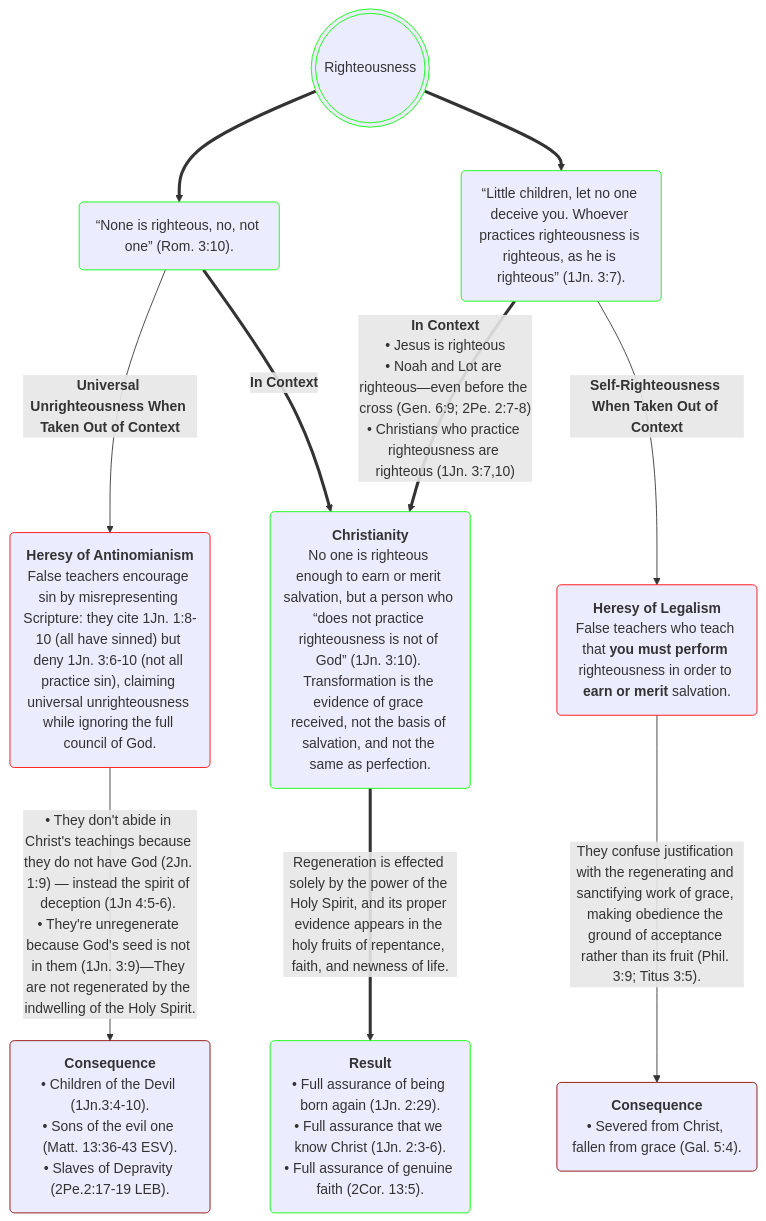
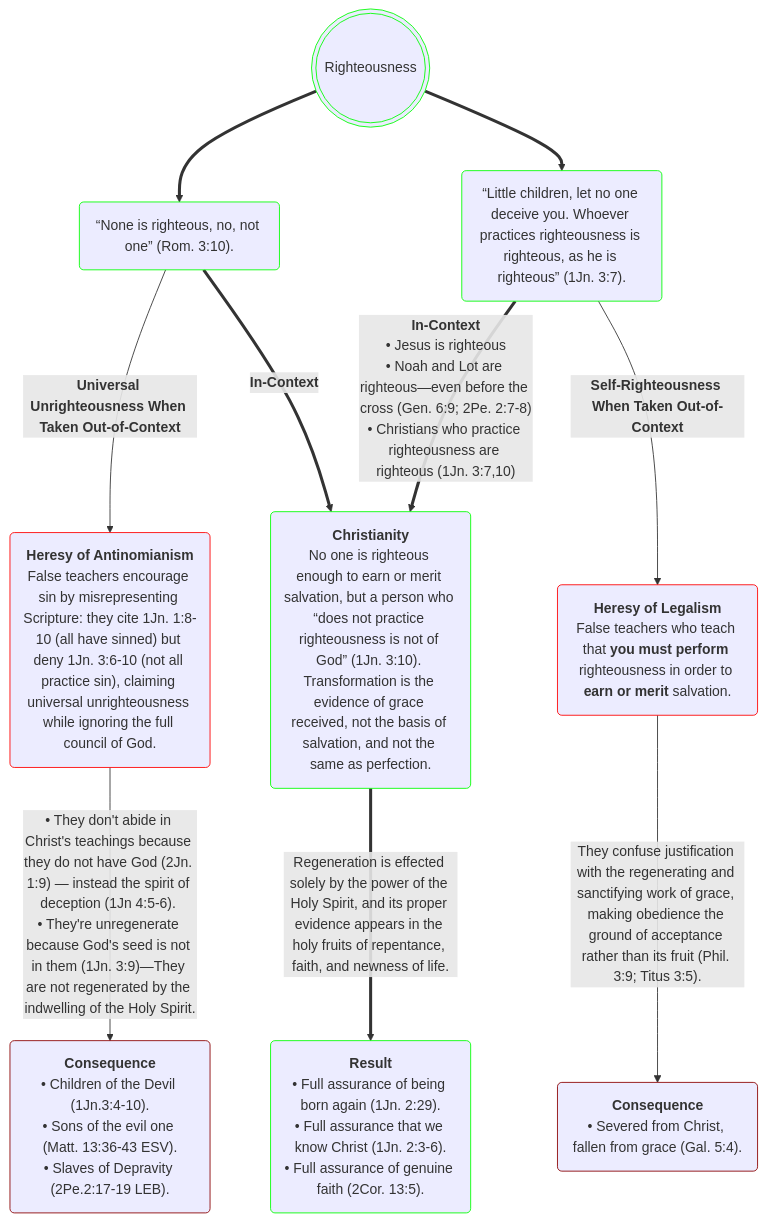
One commit to OrdoLuminis/ordoluminis.github.io changed the diagram in _posts/2026-05-23-righteousness.markdown. Above: the diagram before and after it, drawn with Mermaid. The commit also changed other lines of this file, not shown here.

````diff
--- a/_posts/2026-05-23-righteousness.markdown
+++ b/_posts/2026-05-23-righteousness.markdown
@@ -69,17 +69,17 @@
 ```mermaid
 %%{init: {'theme':'default'}}%%
 flowchart TD
     A(((Righteousness))):::green
     A ==> B(&ldquo;None is righteous, no, not one&rdquo; &lpar;Rom. 3:10&rpar;.):::green
     A ==> C(&ldquo;Little children, let no one deceive you. Whoever practices righteousness is righteous, as he is righteous&rdquo; &lpar;1Jn. 3:7&rpar;.):::green
-    B -->|<strong>Universal Unrighteousness When Taken Out of Context</strong>| D(<strong>Heresy of Antinomianism</strong><br>False teachers encourage sin by misrepresenting Scripture: they cite 1Jn. 1:8-10 &lpar;all have sinned&rpar; but deny 1Jn. 3:6-10 &lpar;not all practice sin&rpar;, claiming universal unrighteousness while ignoring the full council of God.):::red
-    C -->|<strong>Self-Righteousness When Taken Out of Context</strong>| E(<strong>Heresy of Legalism</strong><br>False teachers who teach that <strong>you must perform</strong> righteousness in order to <strong>earn or merit</strong> salvation.):::red
-    B ==>|<strong>In Context</strong>| F(<strong>Christianity</strong><br>No one is righteous enough to earn or merit salvation, but a person who &ldquo;does not practice righteousness is not of God&rdquo; &lpar;1Jn. 3:10&rpar;. Transformation is the evidence of grace received, not the basis of salvation, and not the same as perfection.):::green
-    C ==>|<strong>In Context</strong><br>&bull; Jesus is righteous<br>&bull; Noah and Lot are righteous&mdash;even before the cross &lpar;Gen. 6:9; 2Pe. 2:7-8&rpar;<br>&bull; Christians who practice righteousness are righteous &lpar;1Jn. 3:7,10&rpar;| F
+    B -->|<strong>Universal Unrighteousness When Taken Out-of-Context</strong>| D(<strong>Heresy of Antinomianism</strong><br>False teachers encourage sin by misrepresenting Scripture: they cite 1Jn. 1:8-10 &lpar;all have sinned&rpar; but deny 1Jn. 3:6-10 &lpar;not all practice sin&rpar;, claiming universal unrighteousness while ignoring the full council of God.):::red
+    C -->|<strong>Self-Righteousness When Taken Out-of-Context</strong>| E(<strong>Heresy of Legalism</strong><br>False teachers who teach that <strong>you must perform</strong> righteousness in order to <strong>earn or merit</strong> salvation.):::red
+    B ==>|<strong>In-Context</strong>| F(<strong>Christianity</strong><br>No one is righteous enough to earn or merit salvation, but a person who &ldquo;does not practice righteousness is not of God&rdquo; &lpar;1Jn. 3:10&rpar;. Transformation is the evidence of grace received, not the basis of salvation, and not the same as perfection.):::green
+    C ==>|<strong>In-Context</strong><br>&bull; Jesus is righteous<br>&bull; Noah and Lot are righteous&mdash;even before the cross &lpar;Gen. 6:9; 2Pe. 2:7-8&rpar;<br>&bull; Christians who practice righteousness are righteous &lpar;1Jn. 3:7,10&rpar;| F
     D -->|&bull; They don't abide in Christ's teachings because they do not have God &lpar;2Jn. 1:9&rpar; &mdash; instead the spirit of deception &lpar;1Jn 4:5-6&rpar;. <br>&bull; They're unregenerate because God's seed is not in them &lpar;1Jn. 3:9&rpar;&mdash;They are not regenerated by the indwelling of the Holy Spirit.| G(<strong>Consequence</strong><br>&bull; Children of the Devil &lpar;1Jn.3:4-10&rpar;.<br>&bull; Sons of the evil one &lpar;Matt. 13:36-43 ESV&rpar;.<br>&bull; Slaves of Depravity &lpar;2Pe.2:17-19 LEB&rpar;.):::darkred
     E -->|They confuse justification with the regenerating and sanctifying work of grace, making obedience the ground of acceptance rather than its fruit &lpar;Phil. 3:9; Titus 3:5&rpar;.| H(<strong>Consequence</strong><br>&bull; Severed from Christ, fallen from grace &lpar;Gal. 5:4&rpar;.):::darkred
     F ==>|Regeneration is effected solely by the power of the Holy Spirit, and its proper evidence appears in the holy fruits of repentance, faith, and newness of life.| I(<strong>Result</strong><br>&bull; Full assurance of being born again &lpar;1Jn. 2:29&rpar;.<br>&bull; Full assurance that we know Christ &lpar;1Jn. 2:3-6&rpar;.<br>&bull; Full assurance of genuine faith &lpar;2Cor. 13:5&rpar;. ):::green
     classDef red stroke:#f00
     classDef green stroke:#0f0
     classDef darkred stroke:#8B0000
 ```
````
